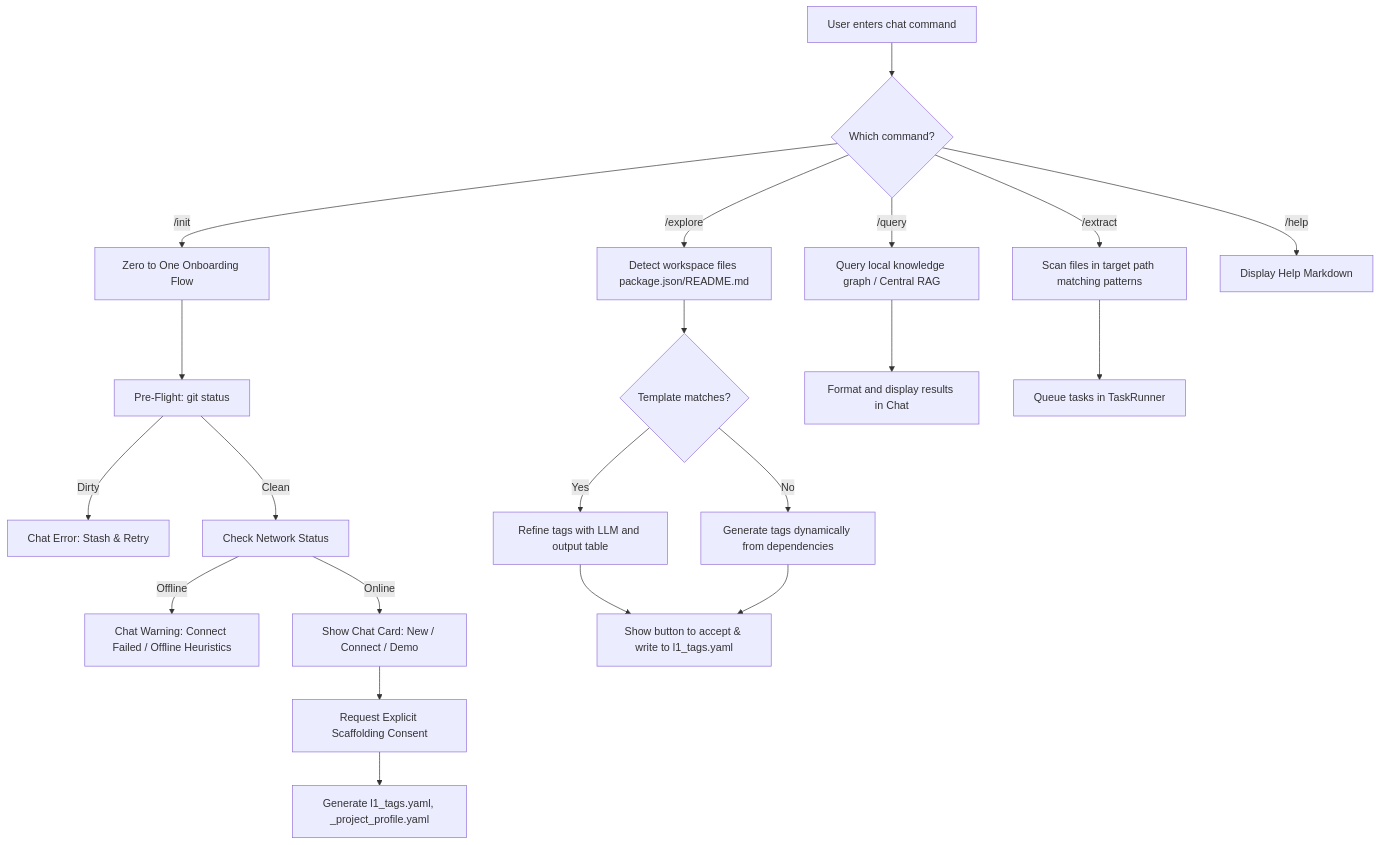
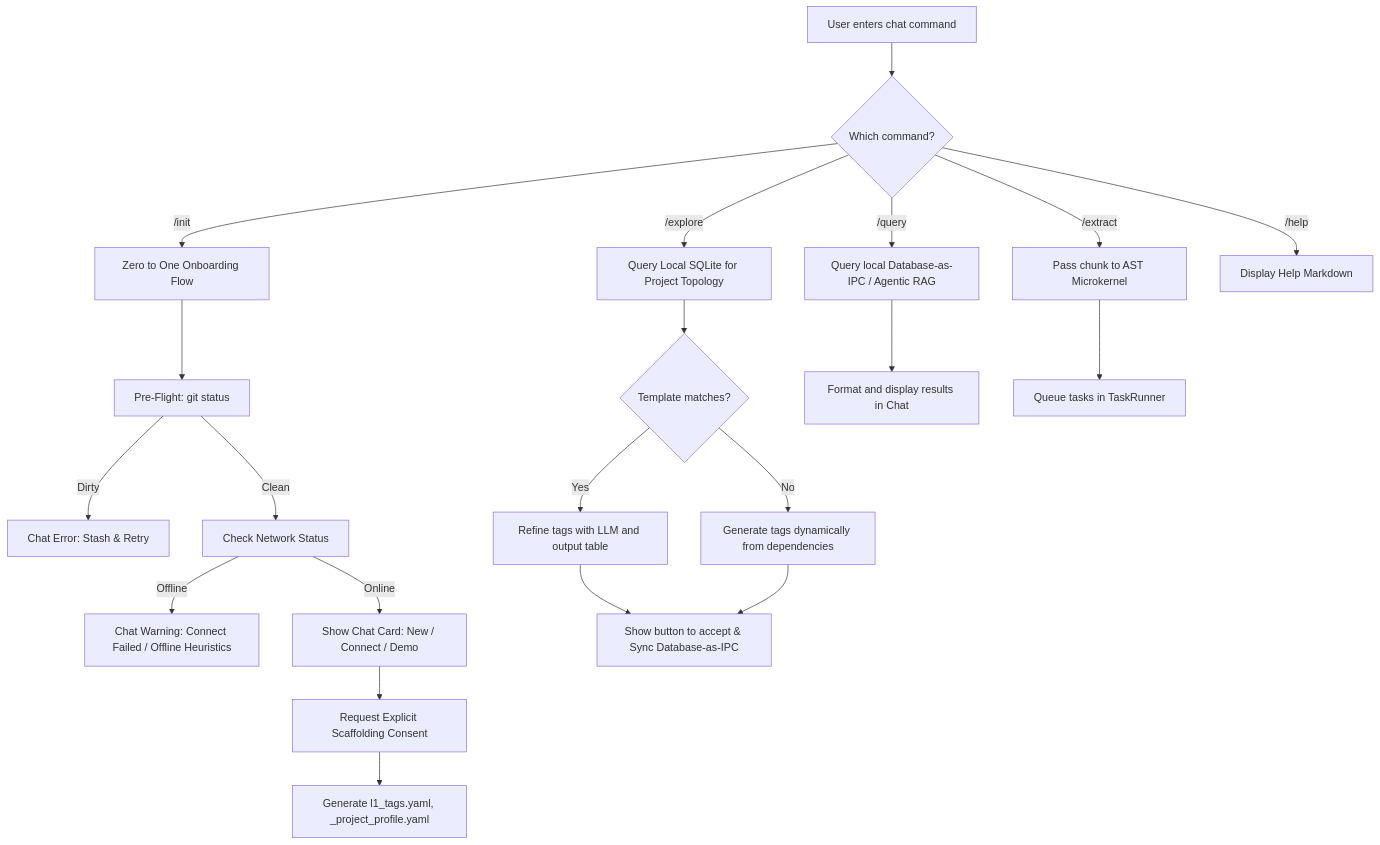
One commit to dyphn1/Docuvia changed the diagram in docs/design/vscode-client/chat-participant/slash-commands.md. Above: the diagram before and after it, drawn with Mermaid. The commit also changed other lines of this file, not shown here.

Commit message:
docs(vscode-client): align chat slash-commands with SQLite IPC and Local-First architecture

````diff
--- a/docs/design/vscode-client/chat-participant/slash-commands.md
+++ b/docs/design/vscode-client/chat-participant/slash-commands.md
@@ -12,28 +12,28 @@
 ```mermaid
 flowchart TD
     Query[User enters chat command] --> Path{Which command?}
 
     Path -->|/init| Init[Zero to One Onboarding Flow]
     Init --> CheckGit[Pre-Flight: git status]
     CheckGit -- Dirty --> ErrorGit[Chat Error: Stash & Retry]
     CheckGit -- Clean --> CheckNet[Check Network Status]
     CheckNet -- Offline --> ErrorNet[Chat Warning: Connect Failed / Offline Heuristics]
     CheckNet -- Online --> PromptInit[Show Chat Card: New / Connect / Demo]
     PromptInit --> Consent[Request Explicit Scaffolding Consent]
     Consent --> ScaffoldInit[Generate l1_tags.yaml, _project_profile.yaml]
 
-    Path -->|/explore| Explore[Detect workspace files package.json/README.md]
+    Path -->|/explore| Explore[Query Local SQLite for Project Topology]
     Explore --> Match{Template matches?}
     Match -- Yes --> Refine[Refine tags with LLM and output table]
     Match -- No --> Dynamic[Generate tags dynamically from dependencies]
-    Refine --> Accept[Show button to accept & write to l1_tags.yaml]
+    Refine --> Accept[Show button to accept & Sync Database-as-IPC]
     Dynamic --> Accept
 
-    Path -->|/query| Search[Query local knowledge graph / Central RAG]
+    Path -->|/query| Search[Query local Database-as-IPC / Agentic RAG]
     Search --> OutputChat[Format and display results in Chat]
 
-    Path -->|/extract| Extract[Scan files in target path matching patterns]
+    Path -->|/extract| Extract[Pass chunk to AST Microkernel]
     Extract --> Queue[Queue tasks in TaskRunner]
 
     Path -->|/help| Help[Display Help Markdown]
 ```
````
